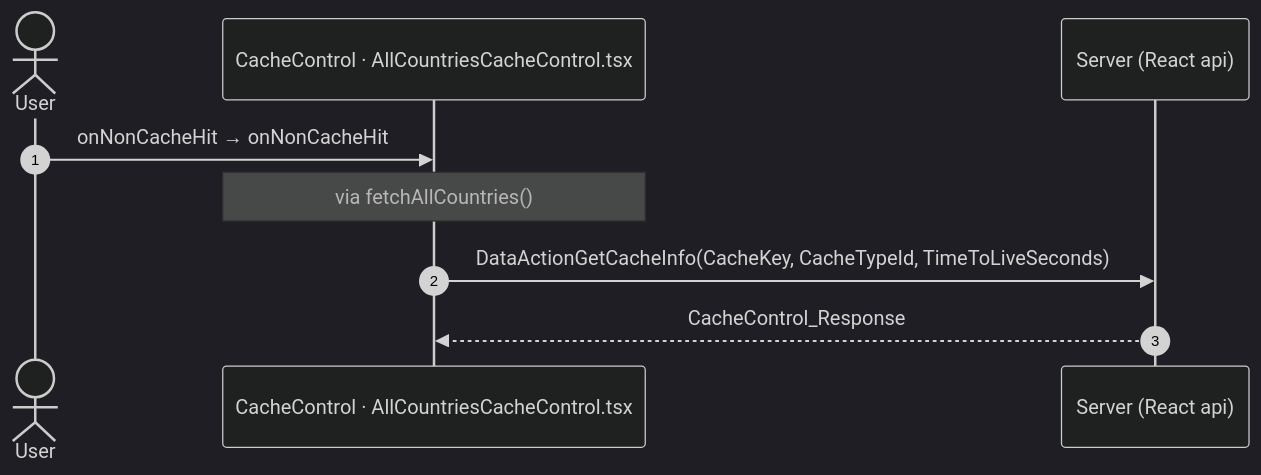
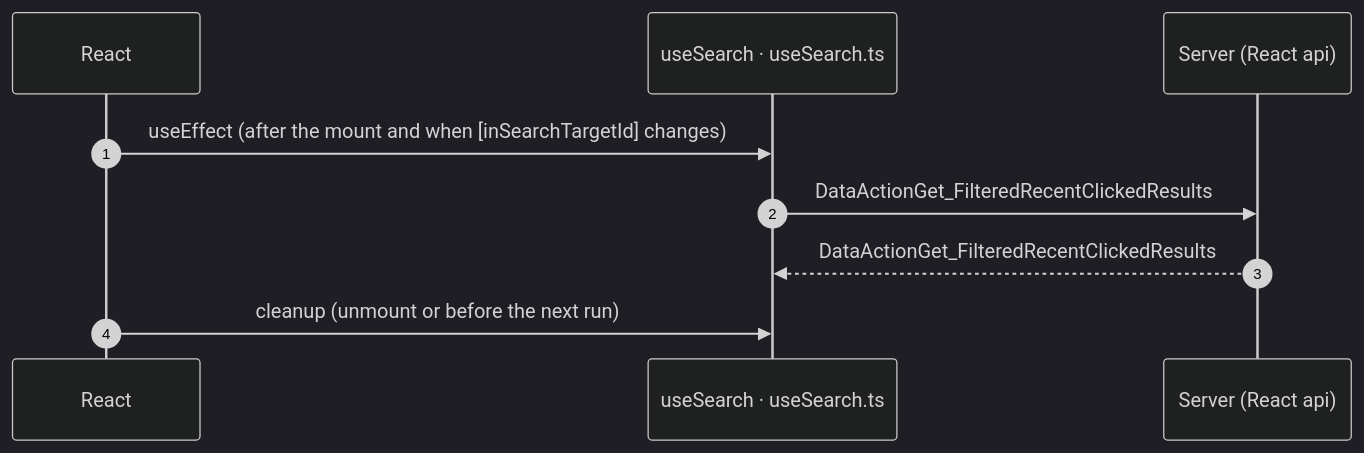
The tenth of 10 diagrams in route-actions/routes/Search.md (Phoenix-DX/connect-new-ui), drawn with Mermaid (dark theme) before and after one commit. The commit also changed other lines of this file and 52 other files, not shown here.

````diff
--- a/route-actions/routes/Search.md
+++ b/route-actions/routes/Search.md
@@ -558,11 +313,11 @@
 ```mermaid
 sequenceDiagram
   autonumber
-  actor U as User
-  participant H as CacheControl · AllCountriesCacheControl.tsx
+  participant R as React
+  participant H as useSearch · useSearch.ts
   participant A as Server (React api)
-  U->>H: onNonCacheHit → onNonCacheHit
-  Note over H: via fetchAllCountries()
-  H->>A: DataActionGetCacheInfo(CacheKey, CacheTypeId, TimeToLiveSeconds)
-  A-->>H: CacheControl_Response
+  R->>H: useEffect (after the mount and when [inSearchTargetId] changes)
+  H->>A: DataActionGet_FilteredRecentClickedResults
+  A-->>H: DataActionGet_FilteredRecentClickedResults
+  R->>H: cleanup (unmount or before the next run)
 ```
````
